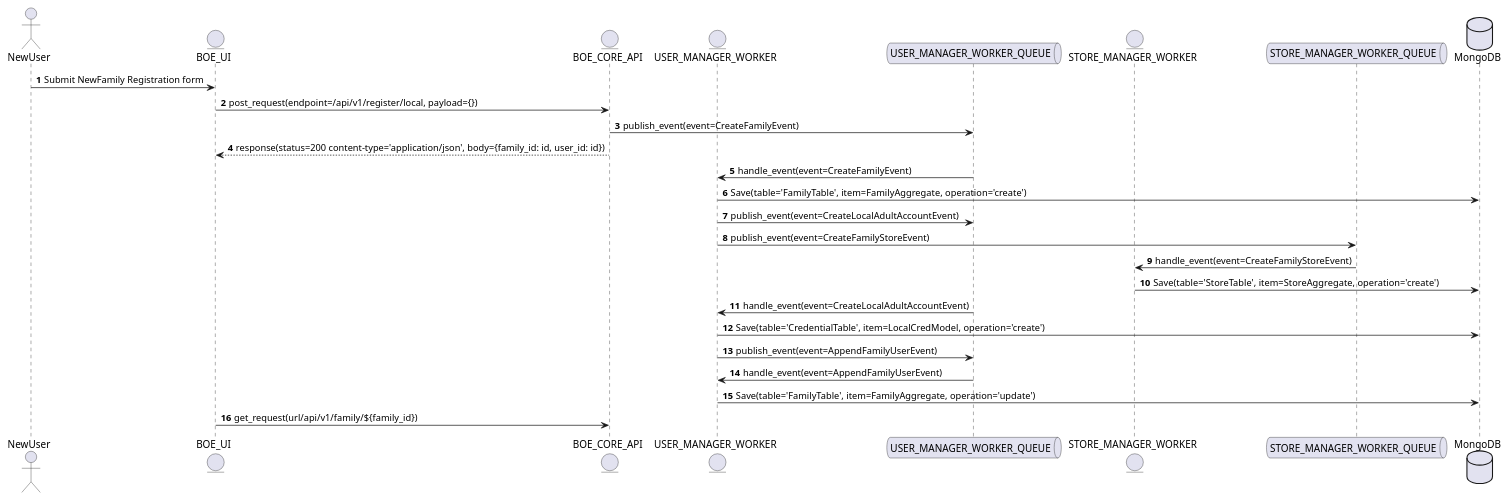
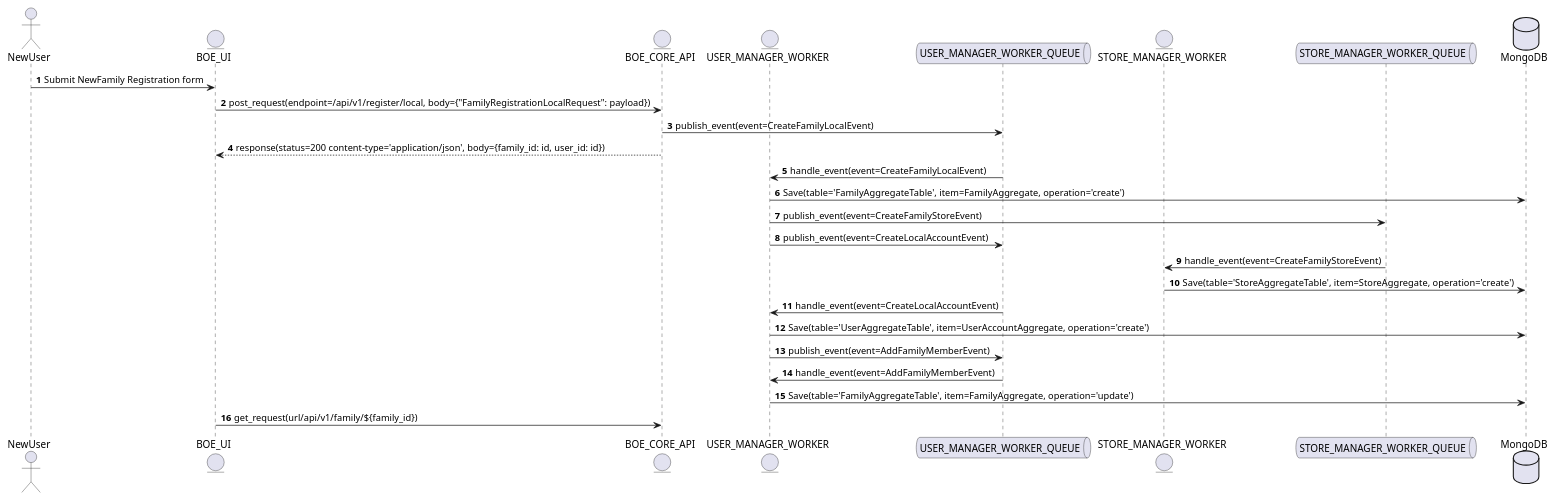
Before and after one commit to byt3-m3/bank_of_excellence: the diagram in docs/local_registration_process.puml, drawn with PlantUML. The commit also changed 7 other files, not shown here.

Commit message:
Added capability to create family local user event

```diff
--- a/docs/local_registration_process.puml
+++ b/docs/local_registration_process.puml
@@ -1,33 +1,32 @@
 @startuml
 autonumber
 actor NewUser
 entity BOE_UI
 entity BOE_CORE_API
 entity USER_MANAGER_WORKER
 queue USER_MANAGER_WORKER_QUEUE
 entity STORE_MANAGER_WORKER
 queue STORE_MANAGER_WORKER_QUEUE
 
 database MongoDB
 
 
 NewUser -> BOE_UI : Submit NewFamily Registration form
-BOE_UI -> BOE_CORE_API: post_request(endpoint=/api/v1/register/local, payload={})
-BOE_CORE_API -> USER_MANAGER_WORKER_QUEUE : publish_event(event=CreateFamilyEvent)
+BOE_UI -> BOE_CORE_API: post_request(endpoint=/api/v1/register/local, body={"FamilyRegistrationLocalRequest": payload})
+BOE_CORE_API -> USER_MANAGER_WORKER_QUEUE : publish_event(event=CreateFamilyLocalEvent)
 BOE_CORE_API --> BOE_UI: response(status=200 content-type='application/json', body={family_id: id, user_id: id})
-USER_MANAGER_WORKER_QUEUE -> USER_MANAGER_WORKER: handle_event(event=CreateFamilyEvent)
-USER_MANAGER_WORKER -> MongoDB : Save(table='FamilyTable', item=FamilyAggregate, operation='create')
-USER_MANAGER_WORKER -> USER_MANAGER_WORKER_QUEUE: publish_event(event=CreateLocalAdultAccountEvent)
+USER_MANAGER_WORKER_QUEUE -> USER_MANAGER_WORKER: handle_event(event=CreateFamilyLocalEvent)
+USER_MANAGER_WORKER -> MongoDB : Save(table='FamilyAggregateTable', item=FamilyAggregate, operation='create')
 USER_MANAGER_WORKER -> STORE_MANAGER_WORKER_QUEUE: publish_event(event=CreateFamilyStoreEvent)
+USER_MANAGER_WORKER -> USER_MANAGER_WORKER_QUEUE: publish_event(event=CreateLocalAccountEvent)
+
 STORE_MANAGER_WORKER_QUEUE -> STORE_MANAGER_WORKER: handle_event(event=CreateFamilyStoreEvent)
-STORE_MANAGER_WORKER -> MongoDB : Save(table='StoreTable', item=StoreAggregate, operation='create')
-USER_MANAGER_WORKER_QUEUE -> USER_MANAGER_WORKER: handle_event(event=CreateLocalAdultAccountEvent)
-
-
-USER_MANAGER_WORKER -> MongoDB : Save(table='CredentialTable', item=LocalCredModel, operation='create')
-USER_MANAGER_WORKER -> USER_MANAGER_WORKER_QUEUE: publish_event(event=AppendFamilyUserEvent)
-USER_MANAGER_WORKER_QUEUE -> USER_MANAGER_WORKER: handle_event(event=AppendFamilyUserEvent)
-USER_MANAGER_WORKER -> MongoDB : Save(table='FamilyTable', item=FamilyAggregate, operation='update')
+STORE_MANAGER_WORKER -> MongoDB : Save(table='StoreAggregateTable', item=StoreAggregate, operation='create')
+USER_MANAGER_WORKER_QUEUE -> USER_MANAGER_WORKER: handle_event(event=CreateLocalAccountEvent)
+USER_MANAGER_WORKER -> MongoDB : Save(table='UserAggregateTable', item=UserAccountAggregate, operation='create')
+USER_MANAGER_WORKER -> USER_MANAGER_WORKER_QUEUE: publish_event(event=AddFamilyMemberEvent)
+USER_MANAGER_WORKER_QUEUE -> USER_MANAGER_WORKER: handle_event(event=AddFamilyMemberEvent)
+USER_MANAGER_WORKER -> MongoDB : Save(table='FamilyAggregateTable', item=FamilyAggregate, operation='update')
 BOE_UI -> BOE_CORE_API: get_request(url/api/v1/family/${family_id})
 
 @enduml
```
